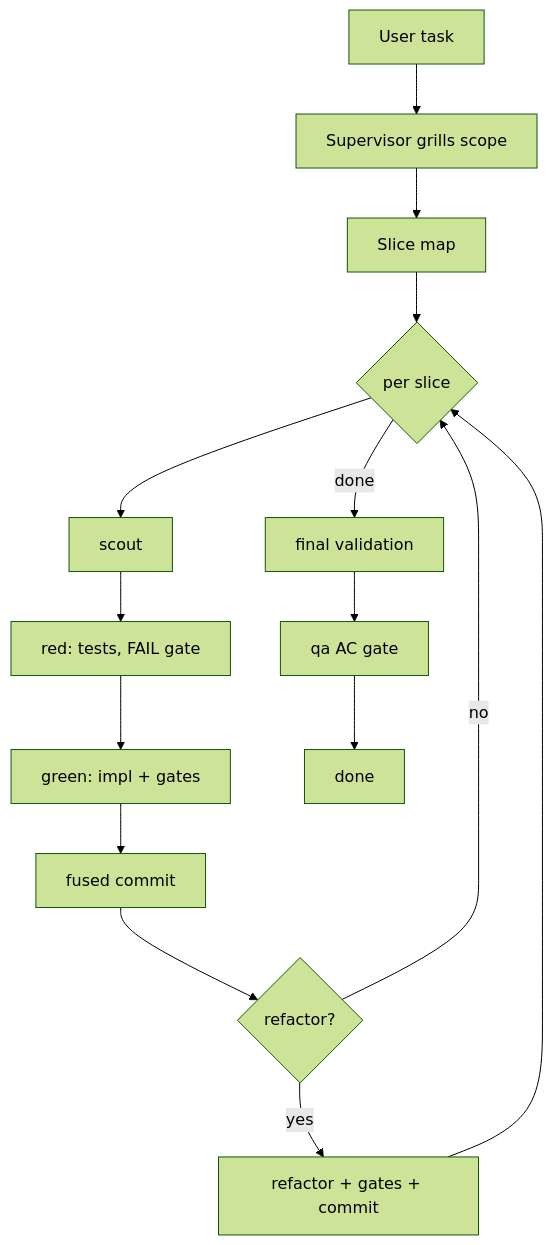
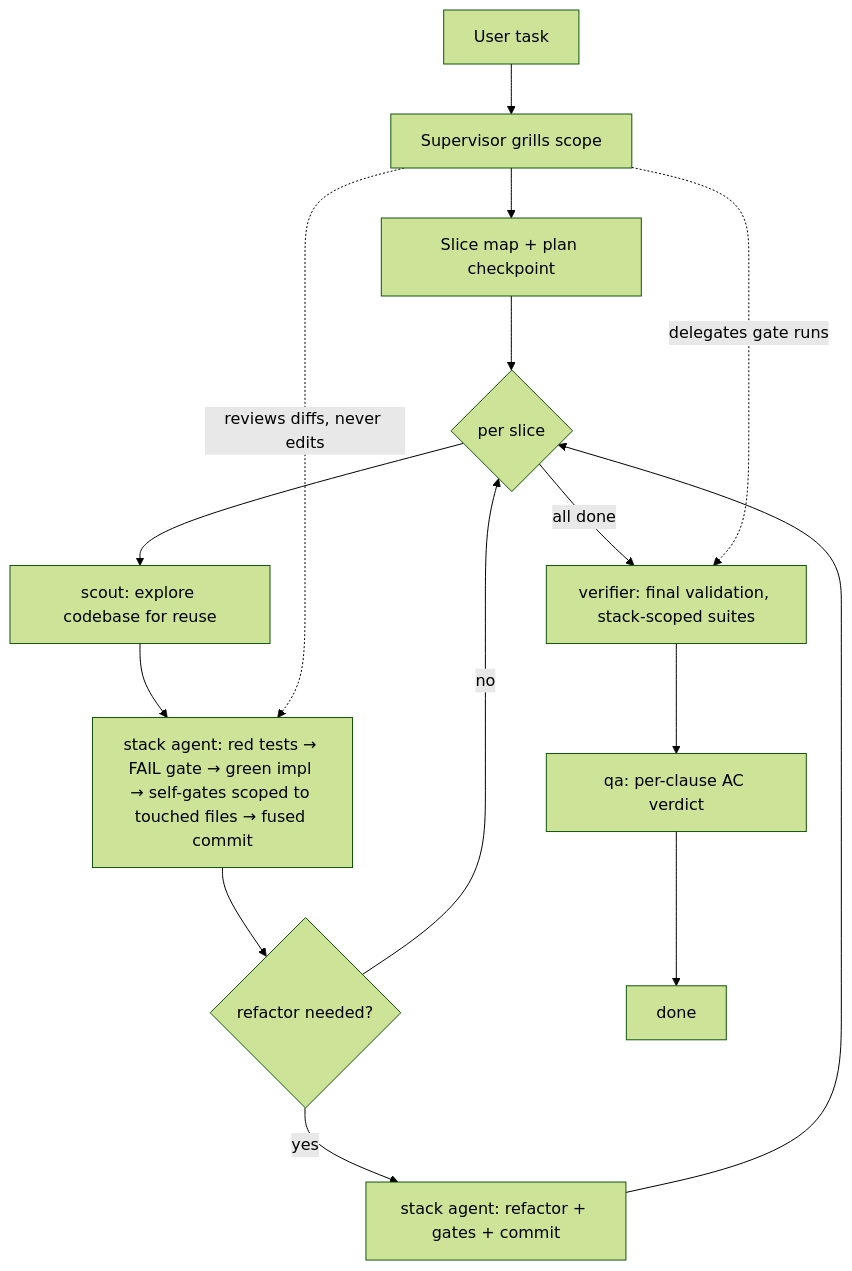
The second of 2 diagrams in README.md (BoatPrakit/setup-supervisor), drawn with Mermaid (forest theme) before and after one commit. The commit also changed other lines of this file, not shown here.

Commit message:
[Boat] docs: show delegation and fleet in README

````diff
--- a/README.md
+++ b/README.md
@@ -49,17 +65,17 @@
 ```mermaid
 flowchart TD
-    A[User task] --> B[Supervisor grills scope]
-    B --> C[Slice map]
-    C --> D{per slice}
-    D --> E[scout]
-    E --> F[red: tests, FAIL gate]
-    F --> G[green: impl + gates]
-    G --> H[fused commit]
-    H --> I{refactor?}
-    I -->|yes| J[refactor + gates + commit]
-    I -->|no| D
-    J --> D
-    D -->|done| K[final validation]
-    K --> L[qa AC gate]
-    L --> M[done]
+    U[User task] --> S[Supervisor grills scope]
+    S --> P[Slice map + plan checkpoint]
+    P --> L{per slice}
+    L --> SC[scout: explore codebase for reuse]
+    SC --> W[stack agent: red tests → FAIL gate → green impl → self-gates scoped to touched files → fused commit]
+    W --> R{refactor needed?}
+    R -->|yes| RF[stack agent: refactor + gates + commit]
+    R -->|no| L
+    RF --> L
+    L -->|all done| F[verifier: final validation, stack-scoped suites]
+    F --> Q[qa: per-clause AC verdict]
+    Q --> D[done]
+    S -.reviews diffs, never edits.-> W
+    S -.delegates gate runs.-> F
 ```
````
